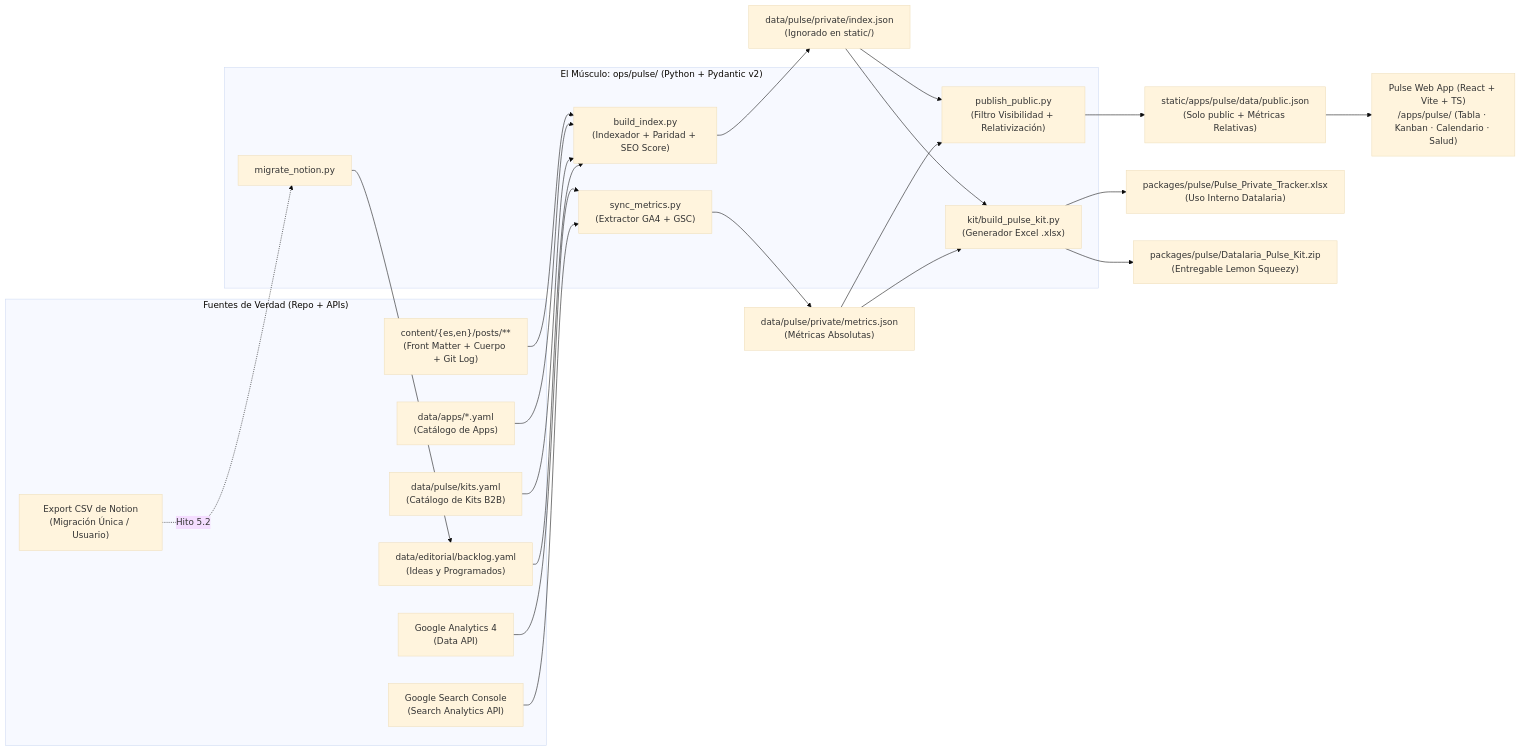
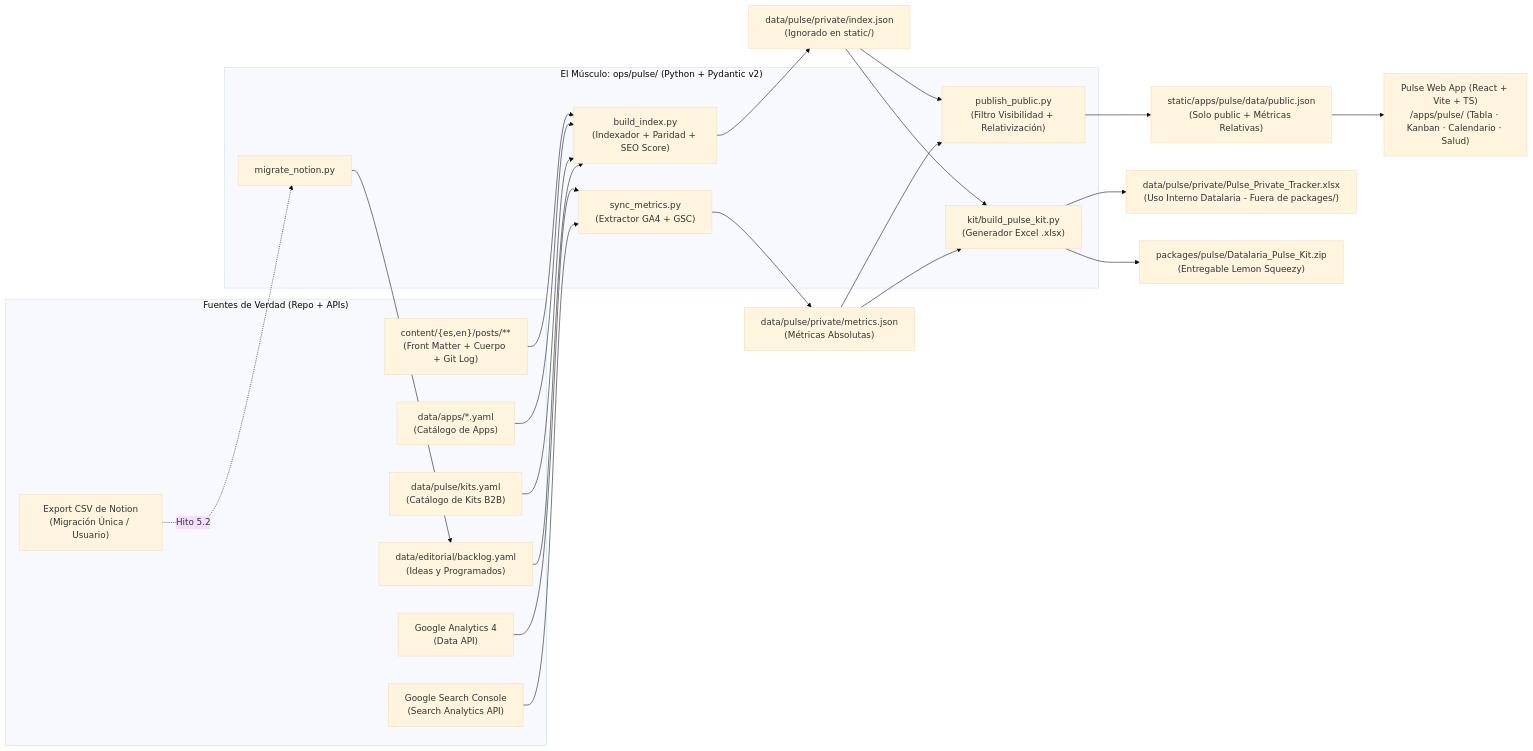
The diagram in specs/apps/pulse/spec.md (Dalaez/datalaria-website), drawn with Mermaid (base theme) before and after one commit. The commit also changed other lines of this file and 123 other files, not shown here.

````diff
--- a/specs/apps/pulse/spec.md
+++ b/specs/apps/pulse/spec.md
@@ -34,29 +34,29 @@
 ```mermaid
 flowchart LR
     subgraph Fuentes["Fuentes de Verdad (Repo + APIs)"]
         MD["content/{es,en}/posts/**\n(Front Matter + Cuerpo + Git Log)"]
         AP["data/apps/*.yaml\n(Catálogo de Apps)"]
         KT["data/pulse/kits.yaml\n(Catálogo de Kits B2B)"]
         BL["data/editorial/backlog.yaml\n(Ideas y Programados)"]
         NO["Export CSV de Notion\n(Migración Única / Usuario)"]
         GA["Google Analytics 4\n(Data API)"]
         GSC["Google Search Console\n(Search Analytics API)"]
     end
 
     subgraph Ops["El Músculo: ops/pulse/ (Python + Pydantic v2)"]
         MIG["migrate_notion.py"]
         IDX["build_index.py\n(Indexador + Paridad + SEO Score)"]
         MET["sync_metrics.py\n(Extractor GA4 + GSC)"]
         PUB["publish_public.py\n(Filtro Visibilidad + Relativización)"]
         XLS["kit/build_pulse_kit.py\n(Generador Excel .xlsx)"]
     end
 
     NO -.->|"Hito 5.2"| MIG --> BL
     MD & AP & KT & BL --> IDX --> FULL["data/pulse/private/index.json\n(Ignorado en static/)"]
     GA & GSC --> MET --> MPRIV["data/pulse/private/metrics.json\n(Métricas Absolutas)"]
     FULL & MPRIV --> PUB --> PUBLIC["static/apps/pulse/data/public.json\n(Solo public + Métricas Relativas)"]
-    FULL & MPRIV --> XLS --> PRIVXLS["packages/pulse/Pulse_Private_Tracker.xlsx\n(Uso Interno Datalaria)"]
+    FULL & MPRIV --> XLS --> PRIVXLS["data/pulse/private/Pulse_Private_Tracker.xlsx\n(Uso Interno Datalaria - Fuera de packages/)"]
     XLS --> KITZIP["packages/pulse/Datalaria_Pulse_Kit.zip\n(Entregable Lemon Squeezy)"]
 
     PUBLIC --> WEB["Pulse Web App (React + Vite + TS)\n/apps/pulse/ (Tabla · Kanban · Calendario · Salud)"]
 ```
````
